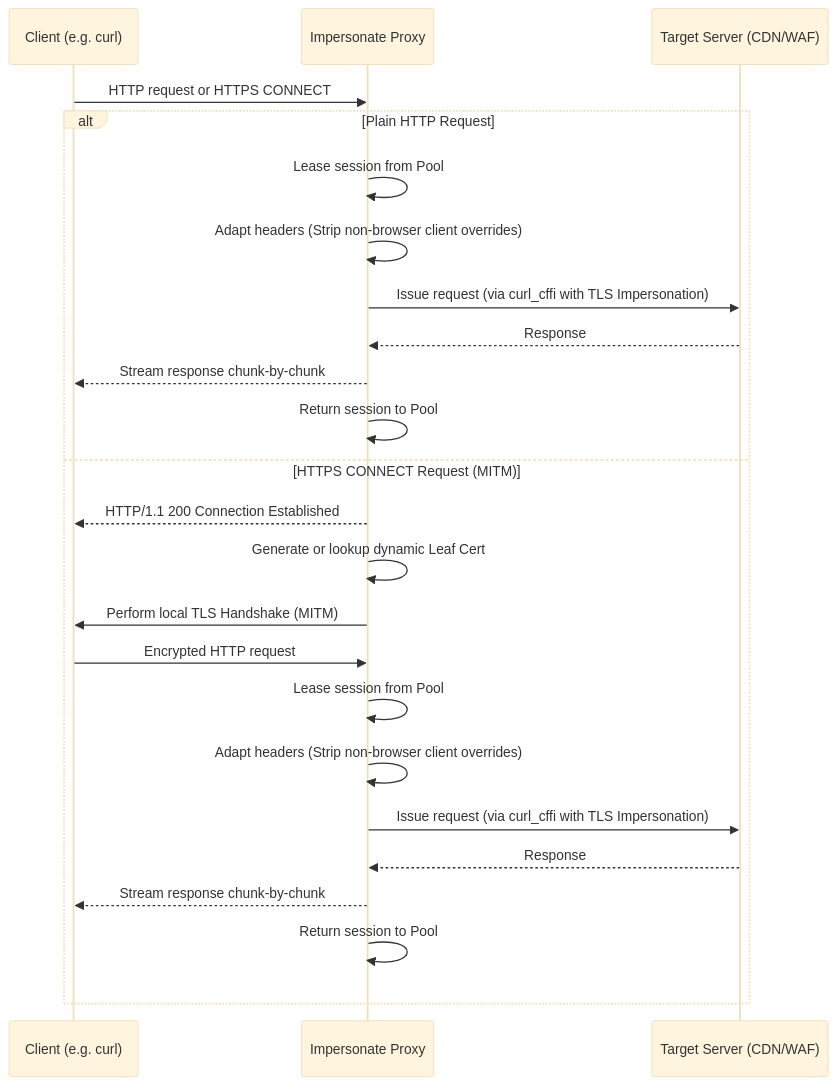
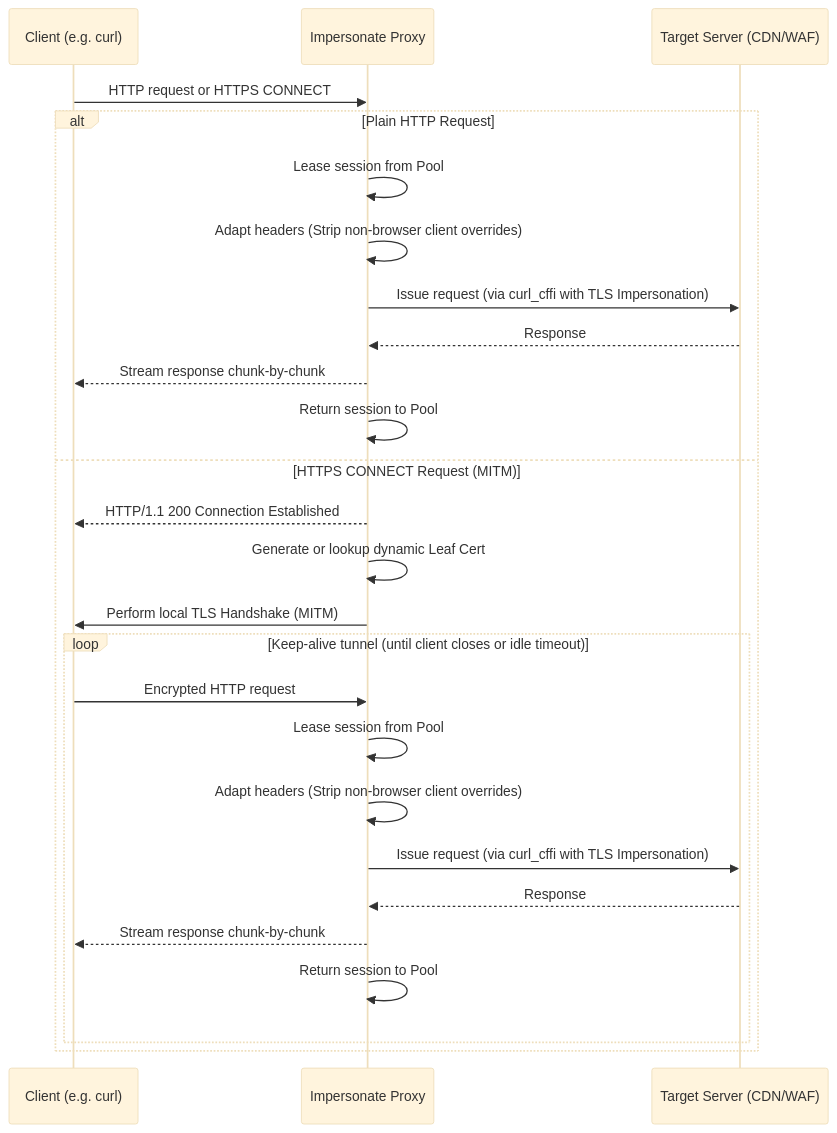
The diagram in docs/docs/workflow.md (psaintelligence/impersonate-proxy), drawn with Mermaid (base theme) before and after one commit. The commit also changed other lines of this file and 9 other files, not shown here.

First line of the commit message:
feat: keep-alive CONNECT tunnels and request hardening

````diff
--- a/docs/docs/workflow.md
+++ b/docs/docs/workflow.md
@@ -11,27 +11,29 @@
 ```mermaid
 sequenceDiagram
     participant Client as Client (e.g. curl)
     participant Proxy as Impersonate Proxy
     participant Target as Target Server (CDN/WAF)
 
     Client->>Proxy: HTTP request or HTTPS CONNECT
     alt Plain HTTP Request
         Proxy->>Proxy: Lease session from Pool
         Proxy->>Proxy: Adapt headers (Strip non-browser client overrides)
         Proxy->>Target: Issue request (via curl_cffi with TLS Impersonation)
         Target-->>Proxy: Response
         Proxy-->>Client: Stream response chunk-by-chunk
         Proxy->>Proxy: Return session to Pool
     else HTTPS CONNECT Request (MITM)
         Proxy-->>Client: HTTP/1.1 200 Connection Established
         Proxy->>Proxy: Generate or lookup dynamic Leaf Cert
         Proxy->>Client: Perform local TLS Handshake (MITM)
-        Client->>Proxy: Encrypted HTTP request
-        Proxy->>Proxy: Lease session from Pool
-        Proxy->>Proxy: Adapt headers (Strip non-browser client overrides)
-        Proxy->>Target: Issue request (via curl_cffi with TLS Impersonation)
-        Target-->>Proxy: Response
-        Proxy-->>Client: Stream response chunk-by-chunk
-        Proxy->>Proxy: Return session to Pool
+        loop Keep-alive tunnel (until client closes or idle timeout)
+            Client->>Proxy: Encrypted HTTP request
+            Proxy->>Proxy: Lease session from Pool
+            Proxy->>Proxy: Adapt headers (Strip non-browser client overrides)
+            Proxy->>Target: Issue request (via curl_cffi with TLS Impersonation)
+            Target-->>Proxy: Response
+            Proxy-->>Client: Stream response chunk-by-chunk
+            Proxy->>Proxy: Return session to Pool
+        end
     end
 ```
````
